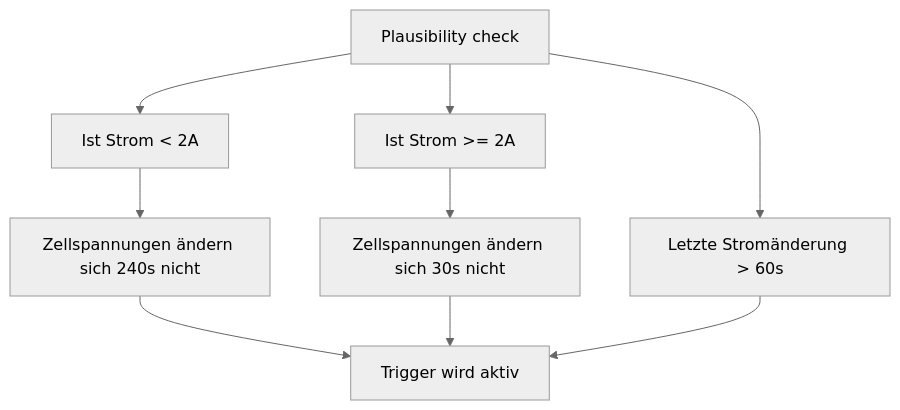
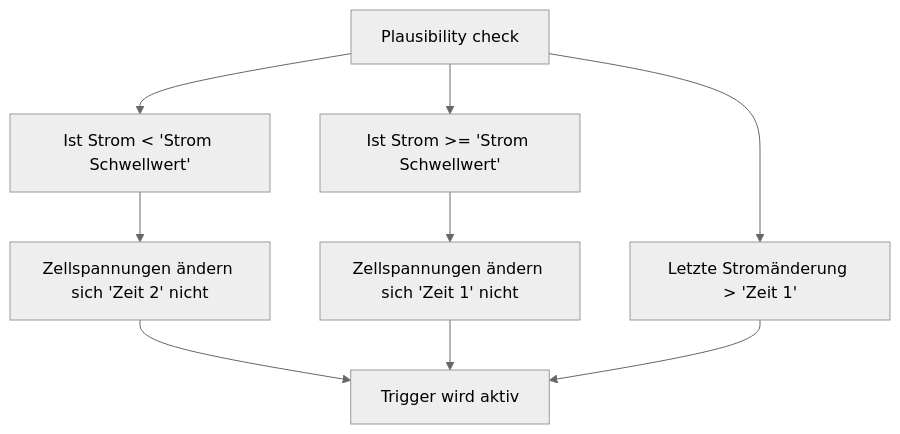
Before and after one commit to bsc-org/bsc: the diagram in docs/settings_bsc.md, drawn with Mermaid (neutral theme).

Commit message:
Plausibility Diagramm geändert

````diff
--- a/docs/settings_bsc.md
+++ b/docs/settings_bsc.md
@@ -125,11 +125,11 @@
 ```mermaid
 flowchart TD
-	n1["Plausibility check"] --> n7["Ist Strom &lt; 2A"]
-	n7 --> n8["Zellspannungen ändern sich 240s nicht"]
+	n1["Plausibility check"] --> n7["Ist Strom &lt; 'Strom Schwellwert'"]
+	n7 --> n8["Zellspannungen ändern sich 'Zeit 2' nicht"]
 	n8 --> n4["Trigger wird aktiv"]
-	n1 --> n6["Ist Strom >= 2A"]
-	n6 --> n10["Zellspannungen ändern sich 30s nicht"]
+	n1 --> n6["Ist Strom >= 'Strom Schwellwert'"]
+	n6 --> n10["Zellspannungen ändern sich 'Zeit 1' nicht"]
 	n10 --> n4
-	n1 --> n2["Letzte Stromänderung > 60s"]
+	n1 --> n2["Letzte Stromänderung > 'Zeit 1'"]
 	n2 --> n4
 ```
````
